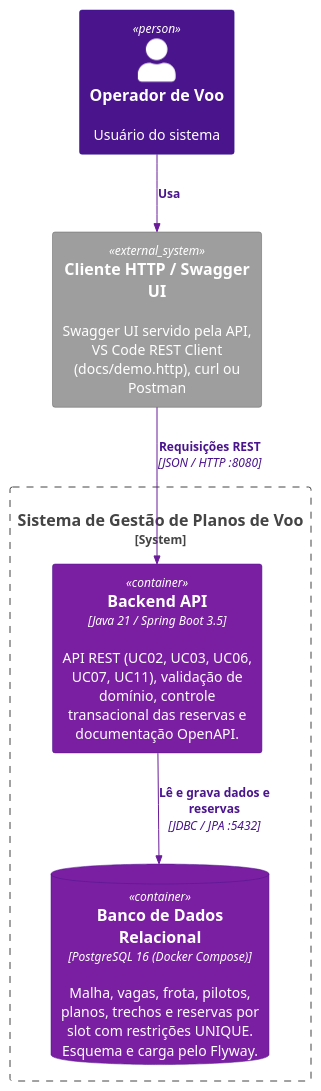
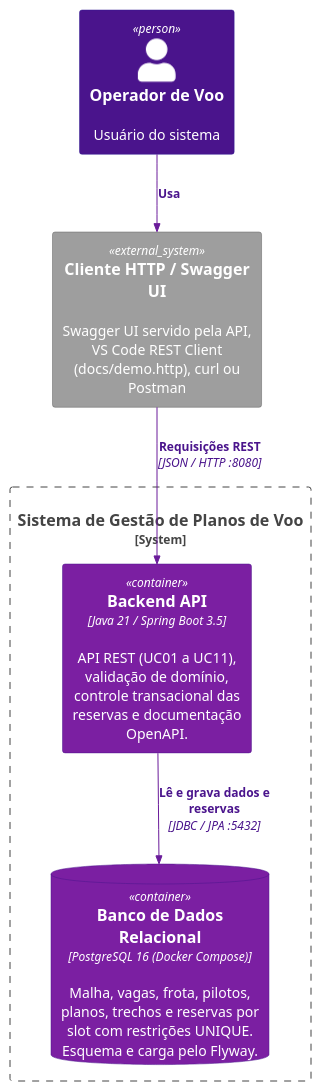
Before and after one commit to acpurper/PlanosDeVoo: the diagram in docs/c4/nivel2-containers.puml, drawn with PlantUML. The commit also changed 44 other files, not shown here.

```diff
--- a/docs/c4/nivel2-containers.puml
+++ b/docs/c4/nivel2-containers.puml
@@ -1,23 +1,23 @@
 @startuml
 !include https://raw.githubusercontent.com/plantuml-stdlib/C4-PlantUML/master/C4_Container.puml
 
 UpdateElementStyle("person", $bgColor="#4A148C", $fontColor="#ffffff", $borderColor="#311B92")
 UpdateElementStyle("external_system", $bgColor="#9E9E9E", $fontColor="#ffffff", $borderColor="#616161")
 UpdateElementStyle("container", $bgColor="#7B1FA2", $fontColor="#ffffff", $borderColor="#4A148C")
 UpdateElementStyle("containerDb", $bgColor="#311B92", $fontColor="#ffffff", $borderColor="#1A237E")
 UpdateRelStyle($lineColor="#6A1B9A", $textColor="#4A148C")
 
 Person(operador, "Operador de Voo", "Usuário do sistema")
 
 ' Correção: o cliente fica FORA da fronteira do sistema; o escopo do trabalho é só o backend.
 System_Ext(cliente, "Cliente HTTP / Swagger UI", "Swagger UI servido pela API, VS Code REST Client (docs/demo.http), curl ou Postman")
 
 System_Boundary(c1, "Sistema de Gestão de Planos de Voo") {
-    Container(api, "Backend API", "Java 21 / Spring Boot 3.5", "API REST (UC02, UC03, UC06, UC07, UC11), validação de domínio, controle transacional das reservas e documentação OpenAPI.")
+    Container(api, "Backend API", "Java 21 / Spring Boot 3.5", "API REST (UC01 a UC11), validação de domínio, controle transacional das reservas e documentação OpenAPI.")
     ContainerDb(db, "Banco de Dados Relacional", "PostgreSQL 16 (Docker Compose)", "Malha, vagas, frota, pilotos, planos, trechos e reservas por slot com restrições UNIQUE. Esquema e carga pelo Flyway.")
 }
 
 Rel(operador, cliente, "Usa")
 Rel(cliente, api, "Requisições REST", "JSON / HTTP :8080")
 Rel(api, db, "Lê e grava dados e reservas", "JDBC / JPA :5432")
 @enduml
```
